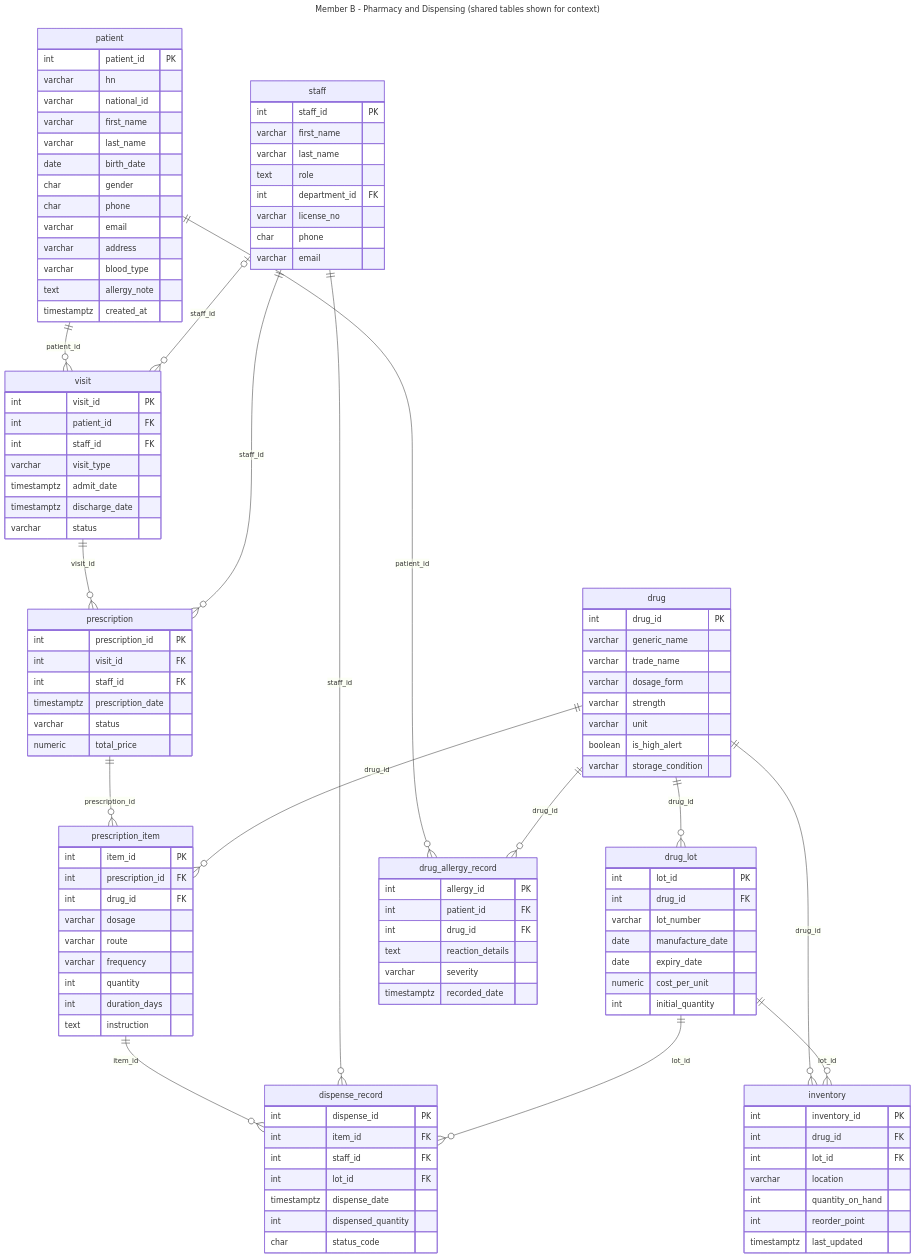
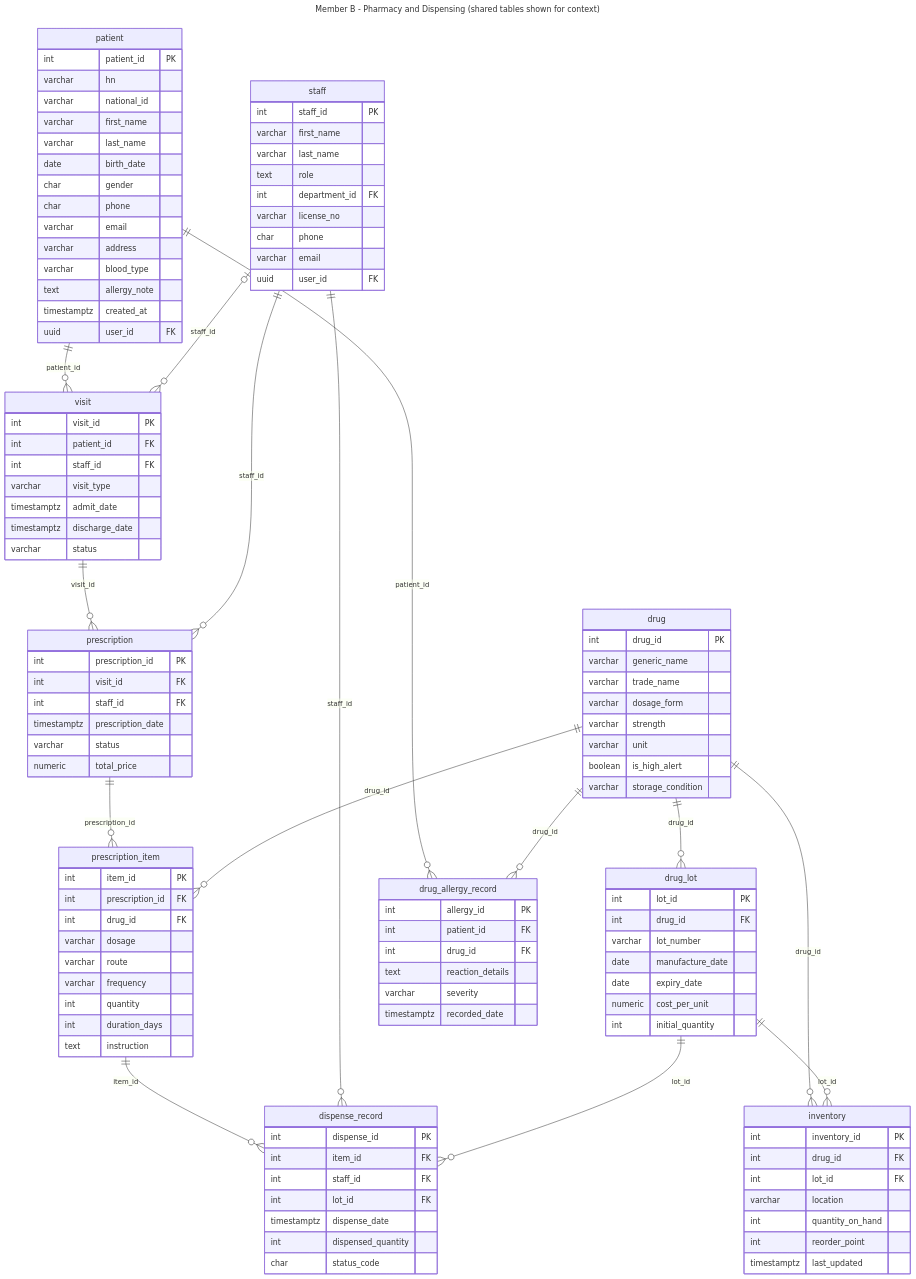
Before and after one commit to popongfm/AIE313-FinalProj_HospitalSystem: the diagram in docs/er/er_member_B_pharmacy.mmd, drawn with Mermaid. The commit also changed 45 other files, not shown here.

Commit message:
แยก user ออกจาก staff/patient: ลบ profiles, ใช้ user_id FK + trigger ผูกบัญชีตอนสมัคร

```diff
--- a/docs/er/er_member_B_pharmacy.mmd
+++ b/docs/er/er_member_B_pharmacy.mmd
@@ -1,116 +1,118 @@
 ---
 title: Member B - Pharmacy and Dispensing (shared tables shown for context)
 ---
 erDiagram
     drug {
         int drug_id PK
         varchar generic_name
         varchar trade_name
         varchar dosage_form
         varchar strength
         varchar unit
         boolean is_high_alert
         varchar storage_condition
     }
     drug_lot {
         int lot_id PK
         int drug_id FK
         varchar lot_number
         date manufacture_date
         date expiry_date
         numeric cost_per_unit
         int initial_quantity
     }
     prescription {
         int prescription_id PK
         int visit_id FK
         int staff_id FK
         timestamptz prescription_date
         varchar status
         numeric total_price
     }
     prescription_item {
         int item_id PK
         int prescription_id FK
         int drug_id FK
         varchar dosage
         varchar route
         varchar frequency
         int quantity
         int duration_days
         text instruction
     }
     dispense_record {
         int dispense_id PK
         int item_id FK
         int staff_id FK
         int lot_id FK
         timestamptz dispense_date
         int dispensed_quantity
         char status_code
     }
     inventory {
         int inventory_id PK
         int drug_id FK
         int lot_id FK
         varchar location
         int quantity_on_hand
         int reorder_point
         timestamptz last_updated
     }
     drug_allergy_record {
         int allergy_id PK
         int patient_id FK
         int drug_id FK
         text reaction_details
         varchar severity
         timestamptz recorded_date
     }
     patient {
         int patient_id PK
         varchar hn
         varchar national_id
         varchar first_name
         varchar last_name
         date birth_date
         char gender
         char phone
         varchar email
         varchar address
         varchar blood_type
         text allergy_note
         timestamptz created_at
+        uuid user_id FK
     }
     staff {
         int staff_id PK
         varchar first_name
         varchar last_name
         text role
         int department_id FK
         varchar license_no
         char phone
         varchar email
+        uuid user_id FK
     }
     visit {
         int visit_id PK
         int patient_id FK
         int staff_id FK
         varchar visit_type
         timestamptz admit_date
         timestamptz discharge_date
         varchar status
     }
-    visit ||--o{ prescription : "visit_id"
-    staff ||--o{ prescription : "staff_id"
-    patient ||--o{ drug_allergy_record : "patient_id"
     patient ||--o{ visit : "patient_id"
     staff |o--o{ visit : "staff_id"
     drug ||--o{ drug_lot : "drug_id"
+    visit ||--o{ prescription : "visit_id"
+    staff ||--o{ prescription : "staff_id"
     prescription ||--o{ prescription_item : "prescription_id"
     drug ||--o{ prescription_item : "drug_id"
     prescription_item ||--o{ dispense_record : "item_id"
     staff ||--o{ dispense_record : "staff_id"
     drug_lot ||--o{ dispense_record : "lot_id"
     drug ||--o{ inventory : "drug_id"
     drug_lot ||--o{ inventory : "lot_id"
+    patient ||--o{ drug_allergy_record : "patient_id"
     drug ||--o{ drug_allergy_record : "drug_id"
```
